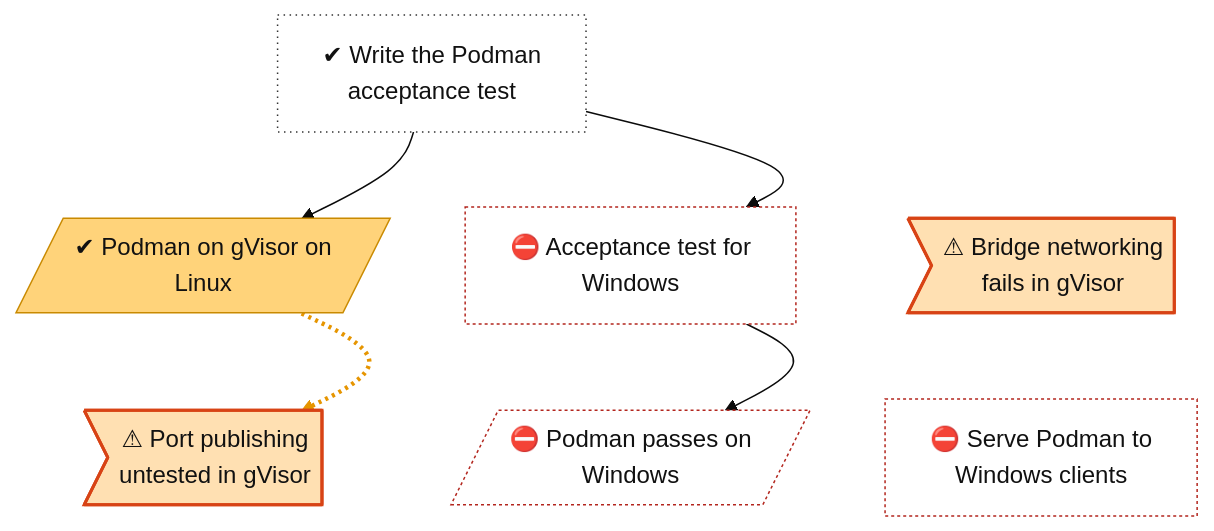
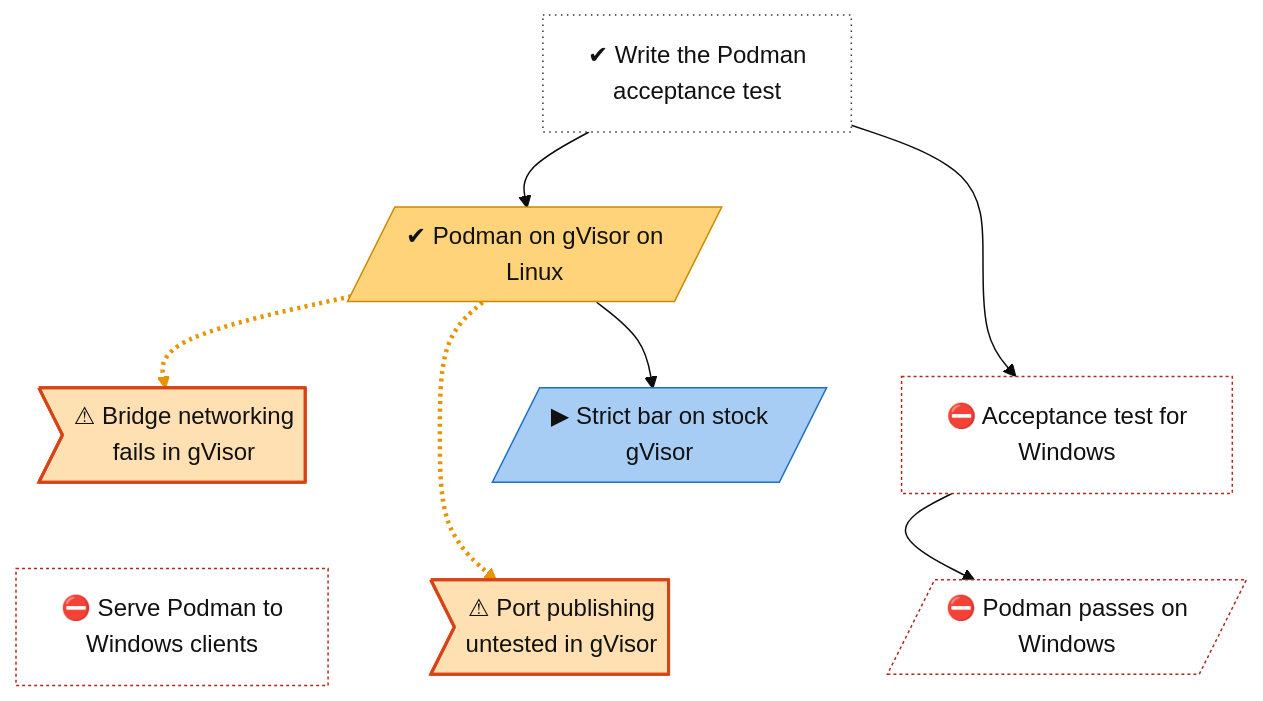
One commit to lhns/gvisor-windows changed the diagram in docs/roadmap/tracks/workloads.md. Above: the diagram before and after it, drawn with Mermaid (base theme). The commit also changed other lines of this file and 14 other files, not shown here.

````diff
--- a/docs/roadmap/tracks/workloads.md
+++ b/docs/roadmap/tracks/workloads.md
@@ -10,39 +10,44 @@
 ```mermaid
 flowchart TB
     workloads_acceptance_test["✔ Write the Podman<br/>acceptance test"]
     workloads_podman_on_gvisor_linux[/"✔ Podman on gVisor on<br/>Linux"/]
+    workloads_strict_bar_linux[/"▶ Strict bar on stock<br/>gVisor"/]
     workloads_acceptance_test_windows["⛔ Acceptance test for<br/>Windows"]
     workloads_gvisor_bridge_netlink>"⚠ Bridge networking<br/>fails in gVisor"]
     workloads_gvisor_port_publishing>"⚠ Port publishing<br/>untested in gVisor"]
     workloads_podman_on_windows[/"⛔ Podman passes on<br/>Windows"/]
     workloads_podman_harness["⛔ Serve Podman to<br/>Windows clients"]
     workloads_acceptance_test ~~~ workloads_podman_on_gvisor_linux
-    workloads_acceptance_test ~~~ workloads_acceptance_test_windows
-    workloads_acceptance_test ~~~ workloads_gvisor_bridge_netlink
-    workloads_podman_on_gvisor_linux ~~~ workloads_gvisor_port_publishing
+    workloads_podman_on_gvisor_linux ~~~ workloads_strict_bar_linux
+    workloads_podman_on_gvisor_linux ~~~ workloads_acceptance_test_windows
+    workloads_podman_on_gvisor_linux ~~~ workloads_gvisor_bridge_netlink
+    workloads_strict_bar_linux ~~~ workloads_gvisor_port_publishing
     workloads_acceptance_test_windows ~~~ workloads_podman_on_windows
     workloads_gvisor_bridge_netlink ~~~ workloads_podman_harness
     workloads_acceptance_test --> workloads_podman_on_gvisor_linux
+    workloads_podman_on_gvisor_linux -.-> workloads_gvisor_bridge_netlink
     workloads_podman_on_gvisor_linux -.-> workloads_gvisor_port_publishing
+    workloads_podman_on_gvisor_linux --> workloads_strict_bar_linux
     workloads_acceptance_test --> workloads_acceptance_test_windows
     workloads_acceptance_test_windows --> workloads_podman_on_windows
-    linkStyle 7 stroke:#e69500,stroke-width:3px,stroke-dasharray:2 3
+    linkStyle 8,9 stroke:#e69500,stroke-width:3px,stroke-dasharray:2 3
     classDef vsucc fill:#2e9e4f,stroke:#1b6b34,color:#fff
     classDef succ fill:#bfe8c8,stroke:#2e9e4f,color:#111
     classDef mixed fill:#ffd37a,stroke:#c98a00,color:#111
     classDef bad fill:#f28b82,stroke:#b3261e,color:#111
     classDef dead fill:#e6e6e6,stroke:#777,stroke-dasharray:5 5,color:#555
     classDef inprog fill:#a8cdf5,stroke:#1f6fc5,color:#111
     classDef next fill:#fff,stroke:#333,color:#111
     classDef blocked fill:#fff,stroke:#b3261e,stroke-dasharray:2 2,color:#111
     classDef parked fill:#f3f3f3,stroke:#999,color:#555
     classDef unrated fill:#fff,stroke:#333,stroke-dasharray:1 3,color:#111
     classDef gate fill:#d9c2f0,stroke:#7b3fb5,color:#111
     classDef decided fill:#ece0f7,stroke:#7b3fb5,stroke-dasharray:2 2,color:#111
     classDef finding fill:#ffe0b2,stroke:#d84315,stroke-width:2px,color:#111
     classDef waiting fill:#e3f2fd,stroke:#1f6fc5,stroke-dasharray:5 5,color:#111
     class workloads_acceptance_test unrated
     class workloads_podman_on_gvisor_linux mixed
+    class workloads_strict_bar_linux inprog
     class workloads_acceptance_test_windows,workloads_podman_on_windows,workloads_podman_harness blocked
     class workloads_gvisor_bridge_netlink,workloads_gvisor_port_publishing finding
 ```
````
